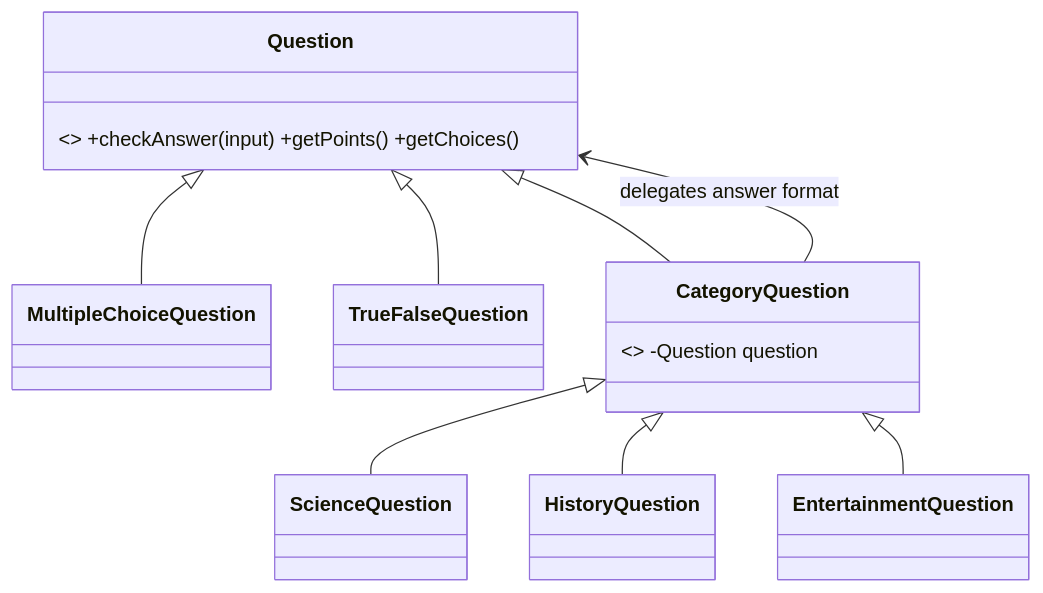
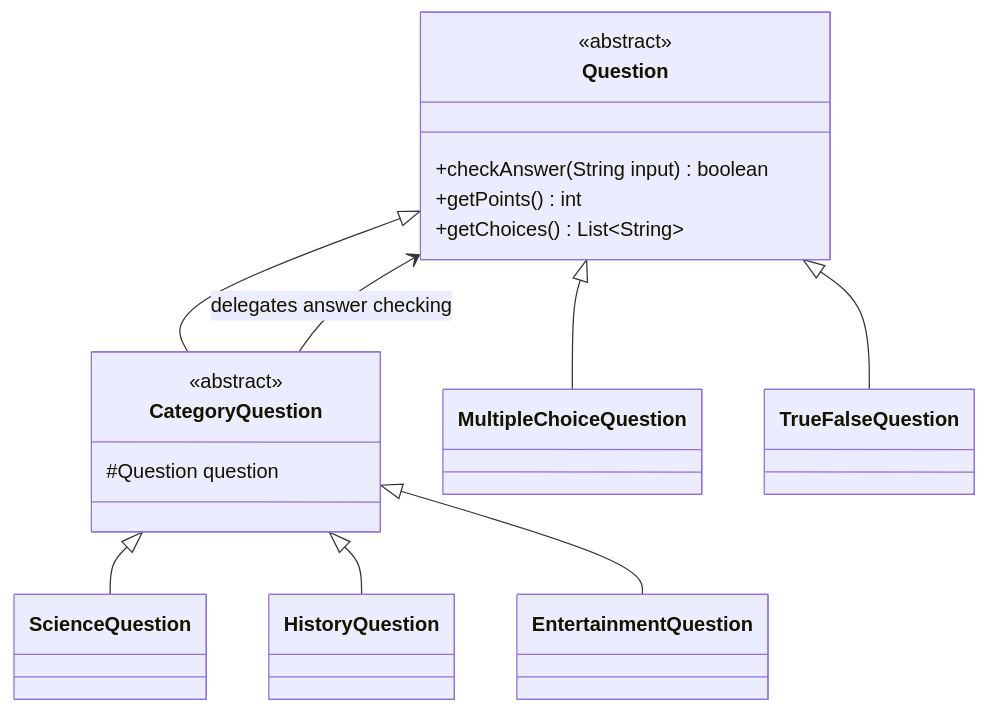
The third of 7 diagrams in doc/design-document.md (daevinsimbajon-web/cpe314-69167-capstone-team-02), drawn with Mermaid before and after one commit. The commit also changed other lines of this file and 7 other files, not shown here.

````diff
--- a/doc/design-document.md
+++ b/doc/design-document.md
@@ -42,17 +99,20 @@
 ```mermaid
 classDiagram
-  class Question { <<abstract>> +checkAnswer(input) +getPoints() +getChoices() }
-  class MultipleChoiceQuestion
-  class TrueFalseQuestion
-  class CategoryQuestion { <<abstract>> -Question question }
-  class ScienceQuestion
-  class HistoryQuestion
-  class EntertainmentQuestion
-  Question <|-- MultipleChoiceQuestion
-  Question <|-- TrueFalseQuestion
-  Question <|-- CategoryQuestion
-  CategoryQuestion <|-- ScienceQuestion
-  CategoryQuestion <|-- HistoryQuestion
-  CategoryQuestion <|-- EntertainmentQuestion
-  CategoryQuestion --> Question : delegates answer format
+    class Question {
+        <<abstract>>
+        +checkAnswer(String input) boolean
+        +getPoints() int
+        +getChoices() List~String~
+    }
+    class CategoryQuestion {
+        <<abstract>>
+        #Question question
+    }
+    Question <|-- MultipleChoiceQuestion
+    Question <|-- TrueFalseQuestion
+    Question <|-- CategoryQuestion
+    CategoryQuestion <|-- ScienceQuestion
+    CategoryQuestion <|-- HistoryQuestion
+    CategoryQuestion <|-- EntertainmentQuestion
+    CategoryQuestion --> Question : delegates answer checking
 ```
````
